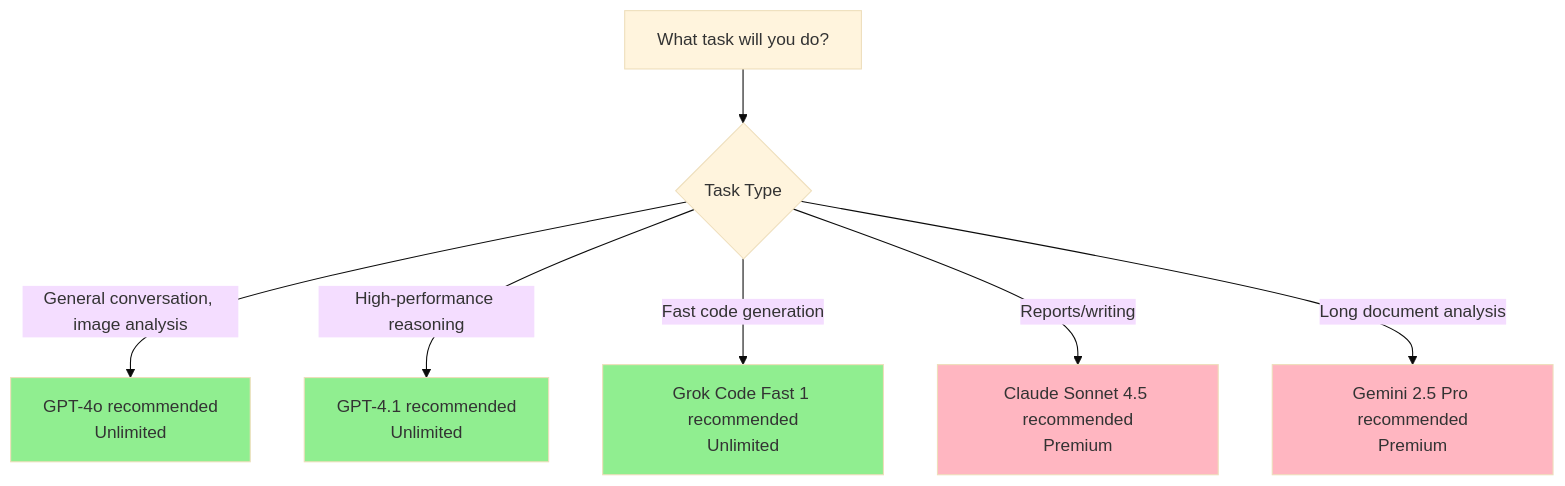
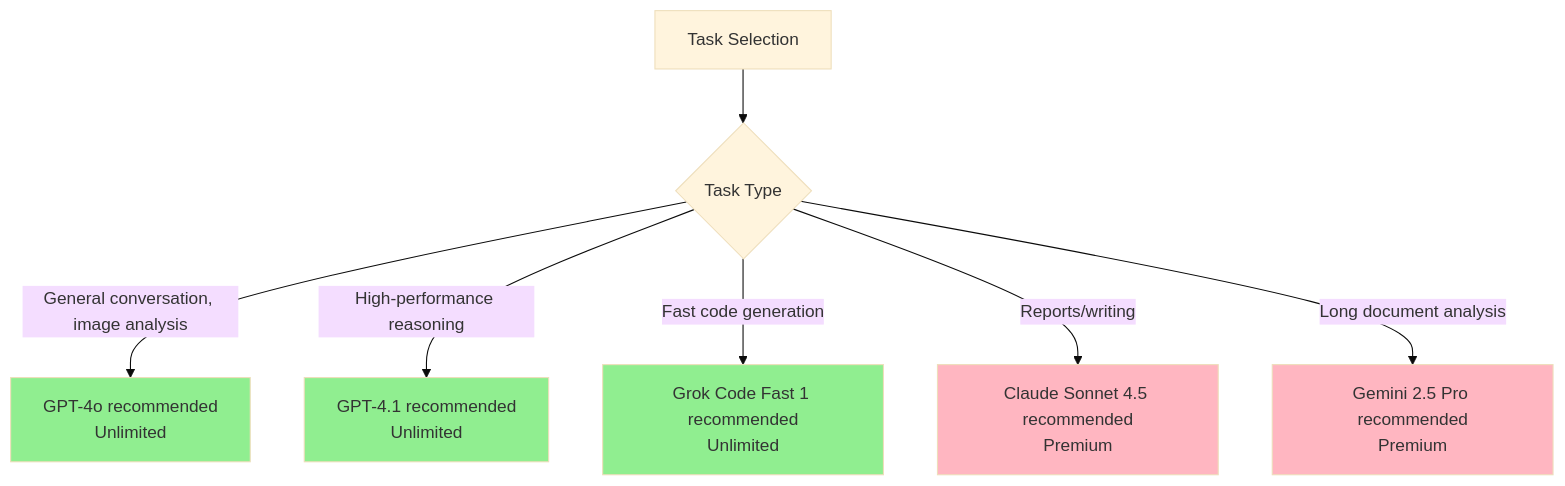
Before and after one commit to seo-jinseok/GitHub-Copilot-Guide: the first of 2 diagrams in docs/common/en/copilot_web.md, drawn with Mermaid (base theme). The commit also changed other lines of this file and 7 other files, not shown here.

````diff
--- a/docs/common/en/copilot_web.md
+++ b/docs/common/en/copilot_web.md
@@ -110,15 +110,15 @@
 ```mermaid
 graph TD
-    A[What task will you do?] --> B{Task Type}
+    A[Task Selection] --> B{Task Type}
     B -->|General conversation, image analysis| C[GPT-4o recommended<br/>Unlimited]
     B -->|High-performance reasoning| D[GPT-4.1 recommended<br/>Unlimited]
     B -->|Fast code generation| E[Grok Code Fast 1 recommended<br/>Unlimited]
     B -->|Reports/writing| F[Claude Sonnet 4.5 recommended<br/>Premium]
     B -->|Long document analysis| G[Gemini 2.5 Pro recommended<br/>Premium]
     
     style C fill:#90EE90
     style D fill:#90EE90
     style E fill:#90EE90
     style F fill:#FFB6C1
     style G fill:#FFB6C1
 ```
````
